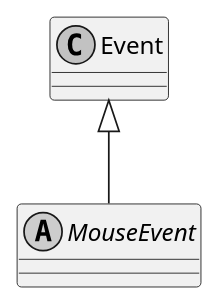
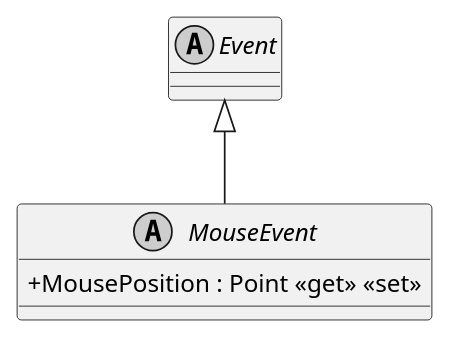
Before and after one commit to insightmind/MORR: the diagram in documents/sd/plantuml/application/Modules/Mouse/Events/MouseEvent.puml, drawn with PlantUML. The commit also changed 10 other files, not shown here.

```diff
--- a/documents/sd/plantuml/application/Modules/Mouse/Events/MouseEvent.puml
+++ b/documents/sd/plantuml/application/Modules/Mouse/Events/MouseEvent.puml
@@ -1,8 +1,10 @@
 @startuml
 skinparam monochrome true
 skinparam classAttributeIconSize 0
 
 abstract class MouseEvent {
+    + MousePosition : Point <<get>> <<set>>
 }
+abstract class Event
 Event <|-- MouseEvent
 @enduml
```
